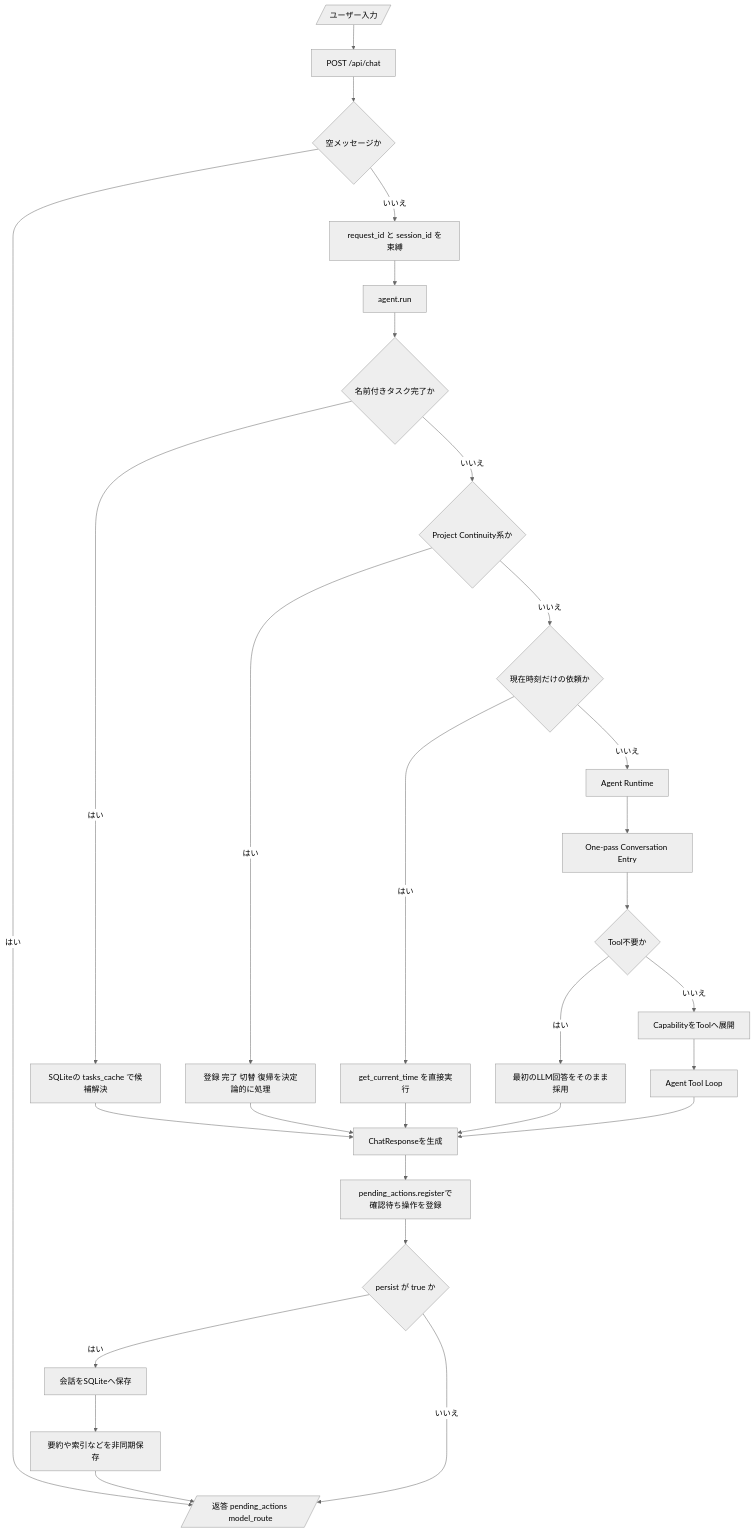
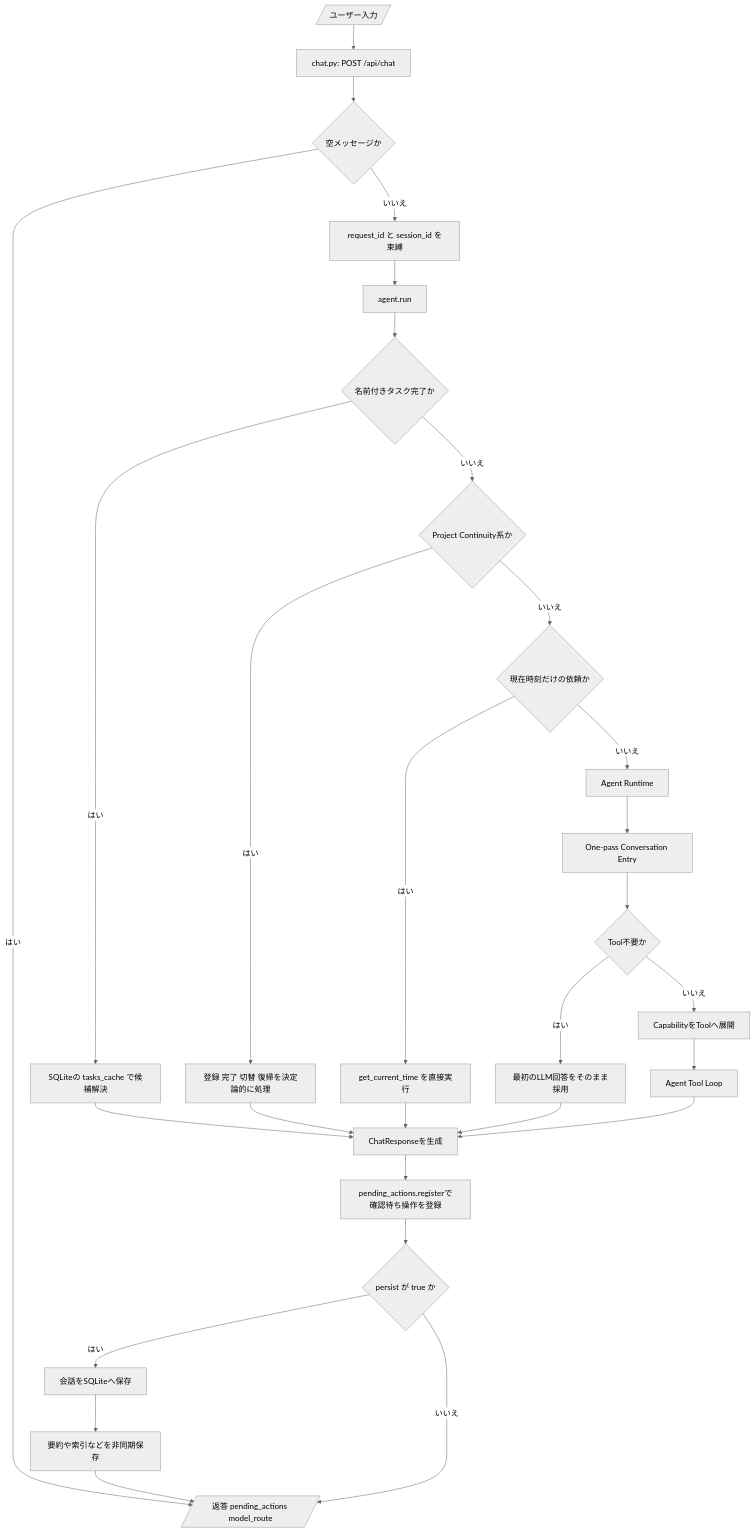
The first of 13 diagrams in docs/runtime-flows.md (Soso2e/PETIT), drawn with Mermaid (neutral theme) before and after one commit. The commit also changed other lines of this file, not shown here.

Commit message:
docs: Chat Router分離をRuntime Flowへ反映

````diff
--- a/docs/runtime-flows.md
+++ b/docs/runtime-flows.md
@@ -27,45 +28,45 @@
 ```mermaid
 flowchart TD
     input[/ユーザー入力/]
-    api[POST /api/chat]
+    api[chat.py: POST /api/chat]
     validate{空メッセージか}
     bind[request_id と session_id を束縛]
     agentEntry[agent.run]
 
     namedTask{名前付きタスク完了か}
     namedTaskRoute[SQLiteの tasks_cache で候補解決]
     projectRoute{Project Continuity系か}
     projectHandle[登録 完了 切替 復帰を決定論的に処理]
     exactTime{現在時刻だけの依頼か}
     timeTool[get_current_time を直接実行]
 
     runtime[Agent Runtime]
     entry[One-pass Conversation Entry]
     entryResult{Tool不要か}
     directReply[最初のLLM回答をそのまま採用]
     capability[CapabilityをToolへ展開]
     agentLoop[Agent Tool Loop]
 
     response[ChatResponseを生成]
     pending[pending_actions.registerで確認待ち操作を登録]
     persist{persist が true か}
     save[会話をSQLiteへ保存]
     artifacts[要約や索引などを非同期保存]
     output[/返答 pending_actions model_route/]
 
     input --> api --> validate
     validate -->|はい| output
     validate -->|いいえ| bind --> agentEntry
     agentEntry --> namedTask
     namedTask -->|はい| namedTaskRoute --> response
     namedTask -->|いいえ| projectRoute
     projectRoute -->|はい| projectHandle --> response
     projectRoute -->|いいえ| exactTime
     exactTime -->|はい| timeTool --> response
     exactTime -->|いいえ| runtime --> entry --> entryResult
     entryResult -->|はい| directReply --> response
     entryResult -->|いいえ| capability --> agentLoop --> response
     response --> pending --> persist
     persist -->|はい| save --> artifacts --> output
     persist -->|いいえ| output
 ```
````
